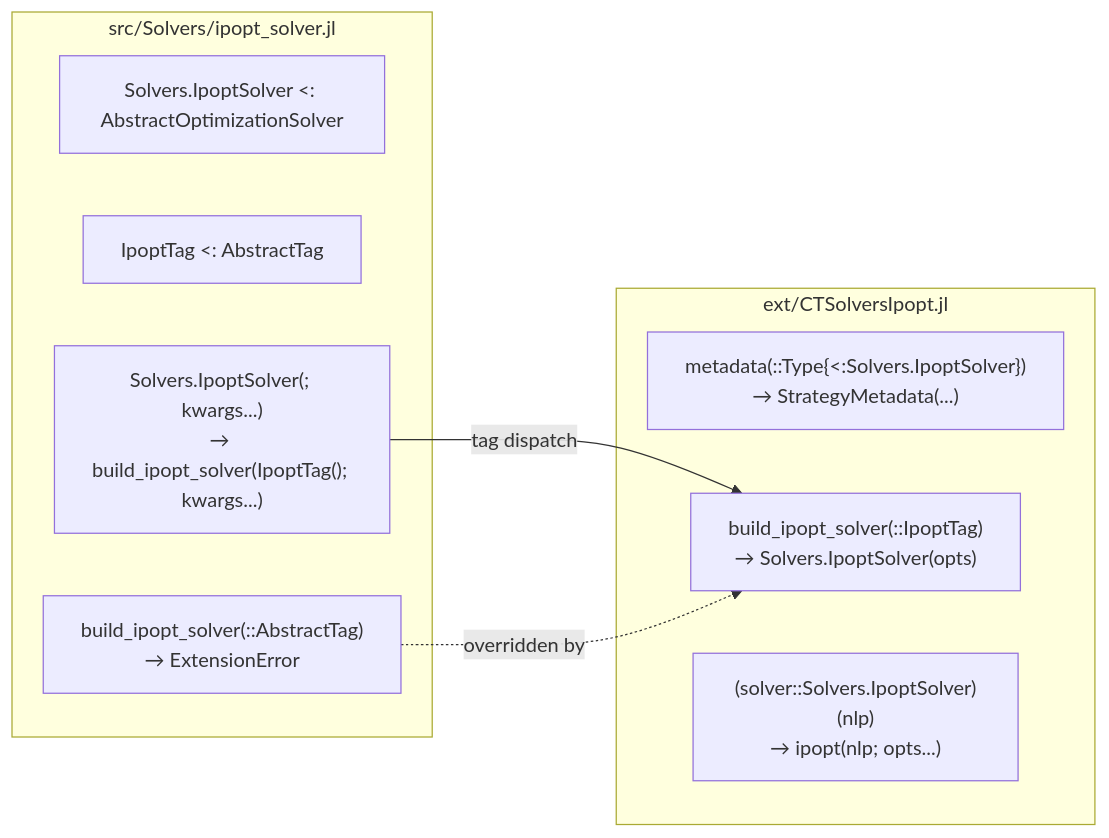
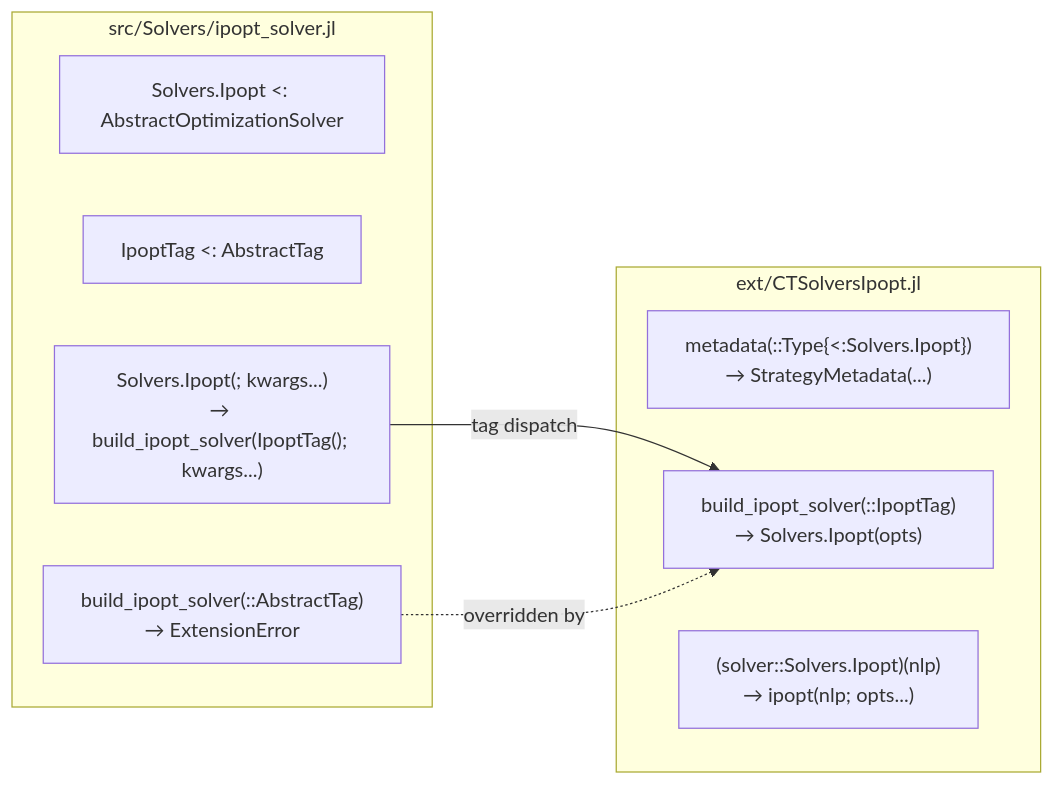
One commit to control-toolbox/CTSolvers.jl changed the second of 3 diagrams in docs/src/guides/implementing_a_solver.md. Above: the diagram before and after it, drawn with Mermaid. The commit also changed other lines of this file and 32 other files, not shown here.

````diff
--- a/docs/src/guides/implementing_a_solver.md
+++ b/docs/src/guides/implementing_a_solver.md
@@ -114,18 +114,18 @@
 ```mermaid
 flowchart LR
     subgraph src["src/Solvers/ipopt_solver.jl"]
-        Type["Solvers.IpoptSolver <: AbstractOptimizationSolver"]
+        Type["Solvers.Ipopt <: AbstractOptimizationSolver"]
         Tag["IpoptTag <: AbstractTag"]
-        Ctor["Solvers.IpoptSolver(; kwargs...)\n→ build_ipopt_solver(IpoptTag(); kwargs...)"]
+        Ctor["Solvers.Ipopt(; kwargs...)\n→ build_ipopt_solver(IpoptTag(); kwargs...)"]
         Stub["build_ipopt_solver(::AbstractTag)\n→ ExtensionError"]
     end
 
     subgraph ext["ext/CTSolversIpopt.jl"]
-        Meta["metadata(::Type{<:Solvers.IpoptSolver})\n→ StrategyMetadata(...)"]
-        Build["build_ipopt_solver(::IpoptTag)\n→ Solvers.IpoptSolver(opts)"]
-        Call["(solver::Solvers.IpoptSolver)(nlp)\n→ ipopt(nlp; opts...)"]
+        Meta["metadata(::Type{<:Solvers.Ipopt})\n→ StrategyMetadata(...)"]
+        Build["build_ipopt_solver(::IpoptTag)\n→ Solvers.Ipopt(opts)"]
+        Call["(solver::Solvers.Ipopt)(nlp)\n→ ipopt(nlp; opts...)"]
     end
 
     Ctor -->|"tag dispatch"| Build
     Stub -.->|"overridden by"| Build
 ```
````
